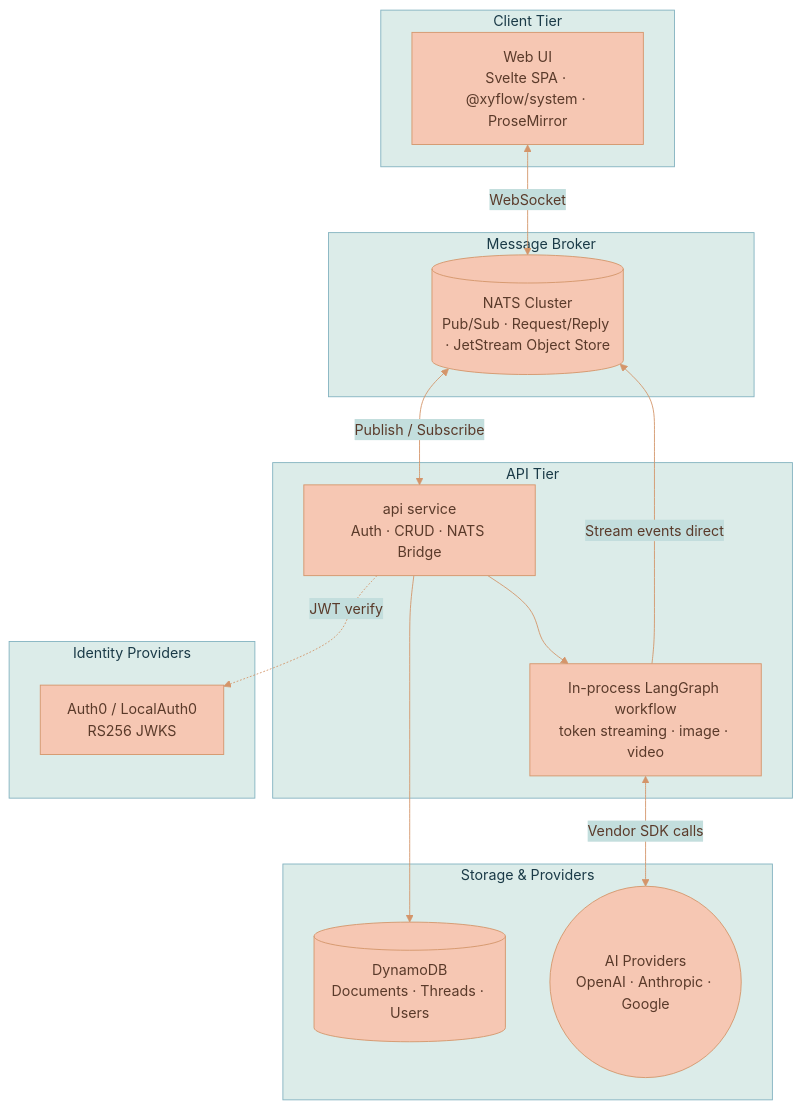
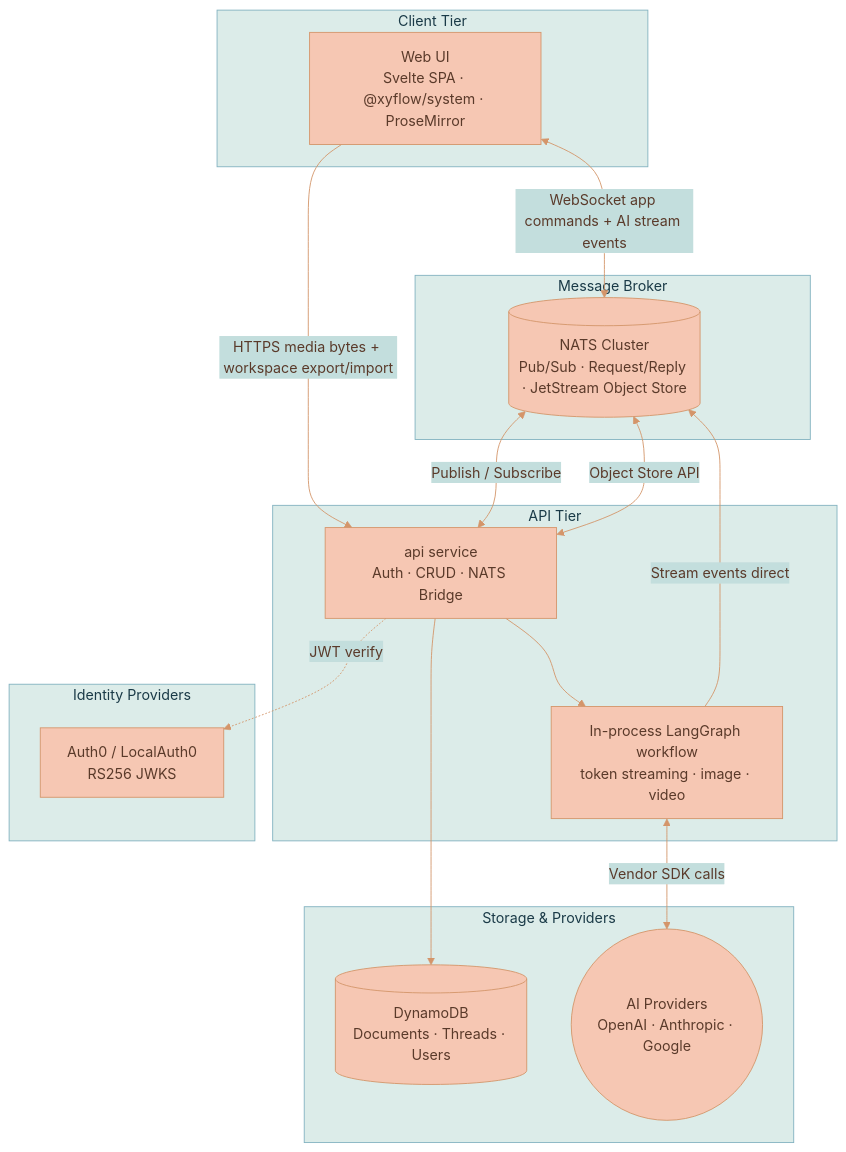
One commit to Lixpi/lixpi changed the first of 2 diagrams in documentation/platform/SYSTEM-ARCHITECTURE.md. Above: the diagram before and after it, drawn with Mermaid. The commit also changed other lines of this file and 46 other files, not shown here.

````diff
--- a/documentation/platform/SYSTEM-ARCHITECTURE.md
+++ b/documentation/platform/SYSTEM-ARCHITECTURE.md
@@ -36,33 +38,35 @@
 ```mermaid
 %%{init: {'theme': 'base', 'themeVariables': { 'primaryColor': '#F6C7B3', 'primaryTextColor': '#5a3a2a', 'primaryBorderColor': '#d4956a', 'secondaryColor': '#C3DEDD', 'secondaryTextColor': '#1a3a47', 'secondaryBorderColor': '#4a8a9d', 'tertiaryColor': '#DCECE9', 'tertiaryTextColor': '#1a3a47', 'tertiaryBorderColor': '#82B2C0', 'lineColor': '#d4956a', 'textColor': '#5a3a2a'}}}%%
 graph TB
     subgraph Client["Client Tier"]
         UI["Web UI<br/>Svelte SPA · @xyflow/system · ProseMirror"]
     end
 
     subgraph Broker["Message Broker"]
         NATS[("NATS Cluster<br/>Pub/Sub · Request/Reply · JetStream Object Store")]
     end
 
     subgraph Backend["API Tier"]
         API["api service<br/>Auth · CRUD · NATS Bridge"]
         LLM["In-process LangGraph workflow<br/>token streaming · image · video"]
     end
 
     subgraph Identity["Identity Providers"]
         Auth["Auth0 / LocalAuth0<br/>RS256 JWKS"]
     end
 
     subgraph Storage["Storage & Providers"]
         DDB[("DynamoDB<br/>Documents · Threads · Users")]
         Provider(("AI Providers<br/>OpenAI · Anthropic · Google"))
     end
 
-    UI <-->|WebSocket| NATS
+    UI <-->|WebSocket app commands + AI stream events| NATS
+    UI -->|HTTPS media bytes + workspace export/import| API
     NATS <-->|Publish / Subscribe| API
     API --> LLM
     API --> DDB
+    API <-->|Object Store API| NATS
     LLM -->|Stream events direct| NATS
     LLM <-->|Vendor SDK calls| Provider
     API -.->|JWT verify| Auth
 ```
````
